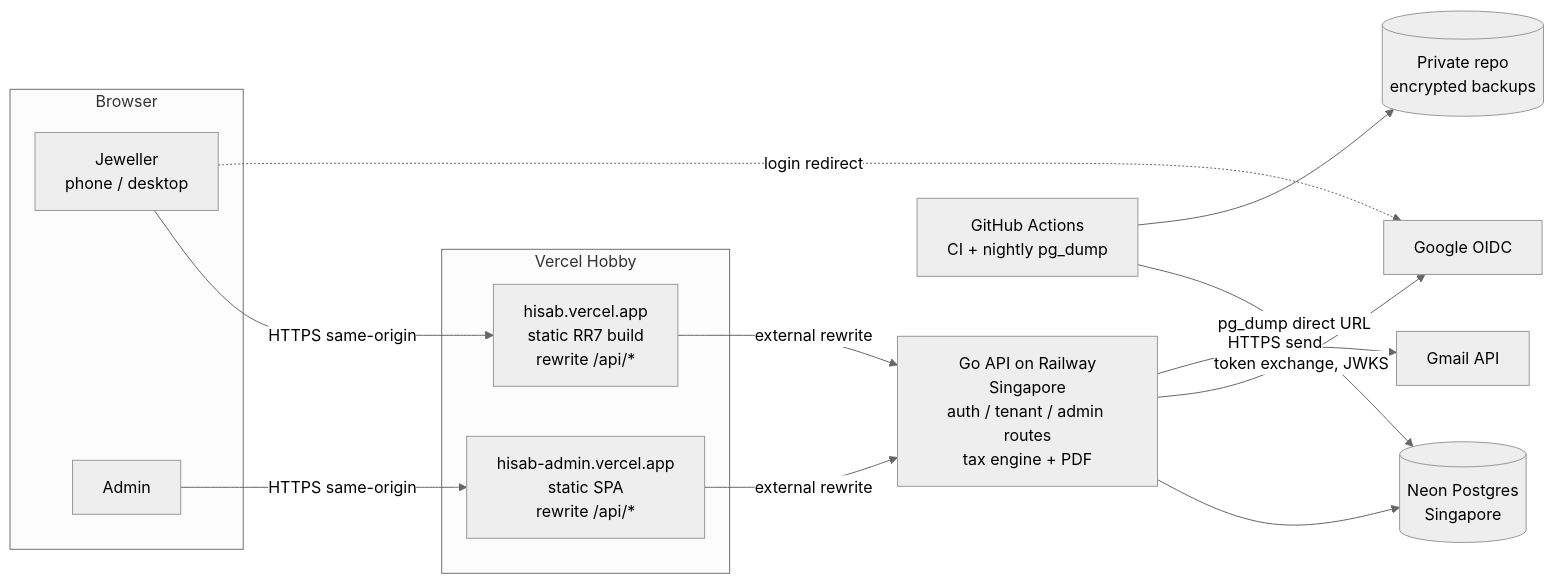
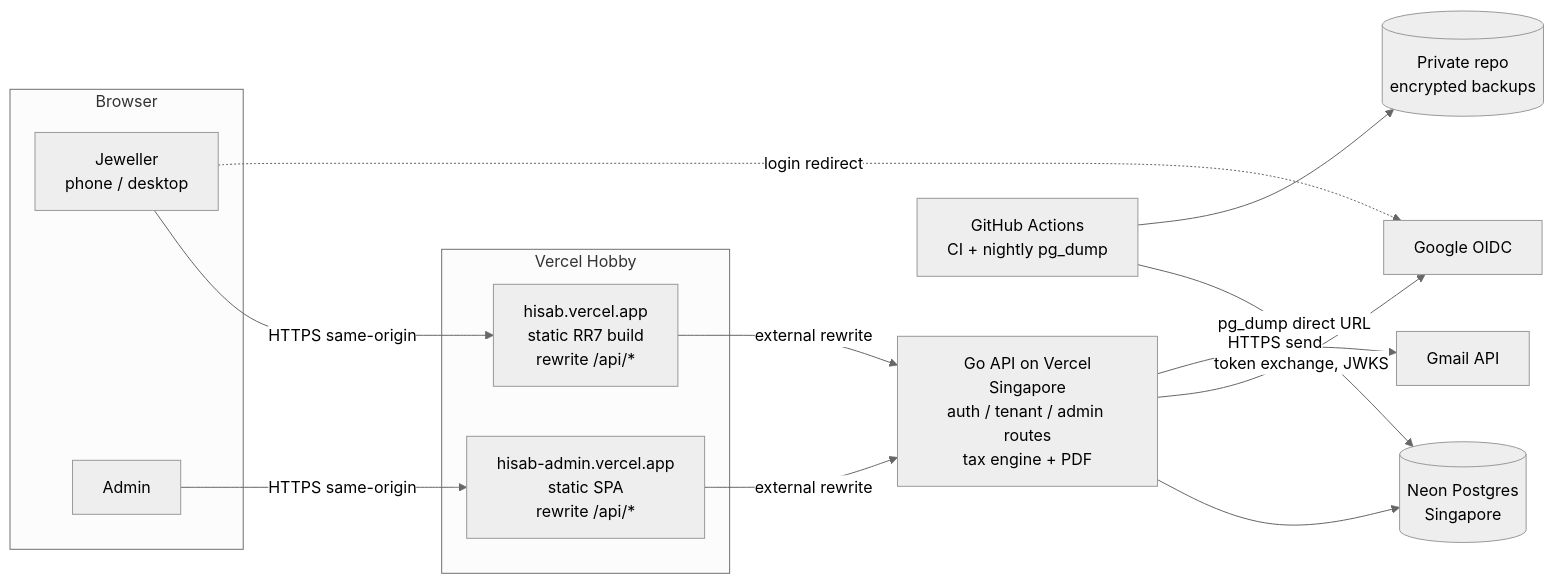
The first of 2 diagrams in docs/architecture.md (vansh-commits/Hisab), drawn with Mermaid (neutral theme) before and after one commit. The commit also changed other lines of this file and 11 other files, not shown here.

````diff
--- a/docs/architecture.md
+++ b/docs/architecture.md
@@ -95,30 +95,30 @@
 ```mermaid
 flowchart LR
   subgraph Browser
     J[Jeweller<br/>phone / desktop]
     A[Admin]
   end
 
   subgraph Vercel[Vercel Hobby]
     WEB[hisab.vercel.app<br/>static RR7 build<br/>rewrite /api/* ]
     ADM[hisab-admin.vercel.app<br/>static SPA<br/>rewrite /api/*]
   end
 
-  API[Go API on Railway<br/>Singapore<br/>auth / tenant / admin routes<br/>tax engine + PDF]
+  API[Go API on Vercel<br/>Singapore<br/>auth / tenant / admin routes<br/>tax engine + PDF]
   NEON[(Neon Postgres<br/>Singapore)]
   G[Google OIDC]
   GM[Gmail API]
   GH[GitHub Actions<br/>CI + nightly pg_dump]
   BK[(Private repo<br/>encrypted backups)]
 
   J -- HTTPS same-origin --> WEB
   A -- HTTPS same-origin --> ADM
   WEB -- external rewrite --> API
   ADM -- external rewrite --> API
   API --> NEON
   API -- token exchange, JWKS --> G
   J -. login redirect .-> G
   API -- HTTPS send --> GM
   GH -- pg_dump direct URL --> NEON
   GH --> BK
 ```
````
